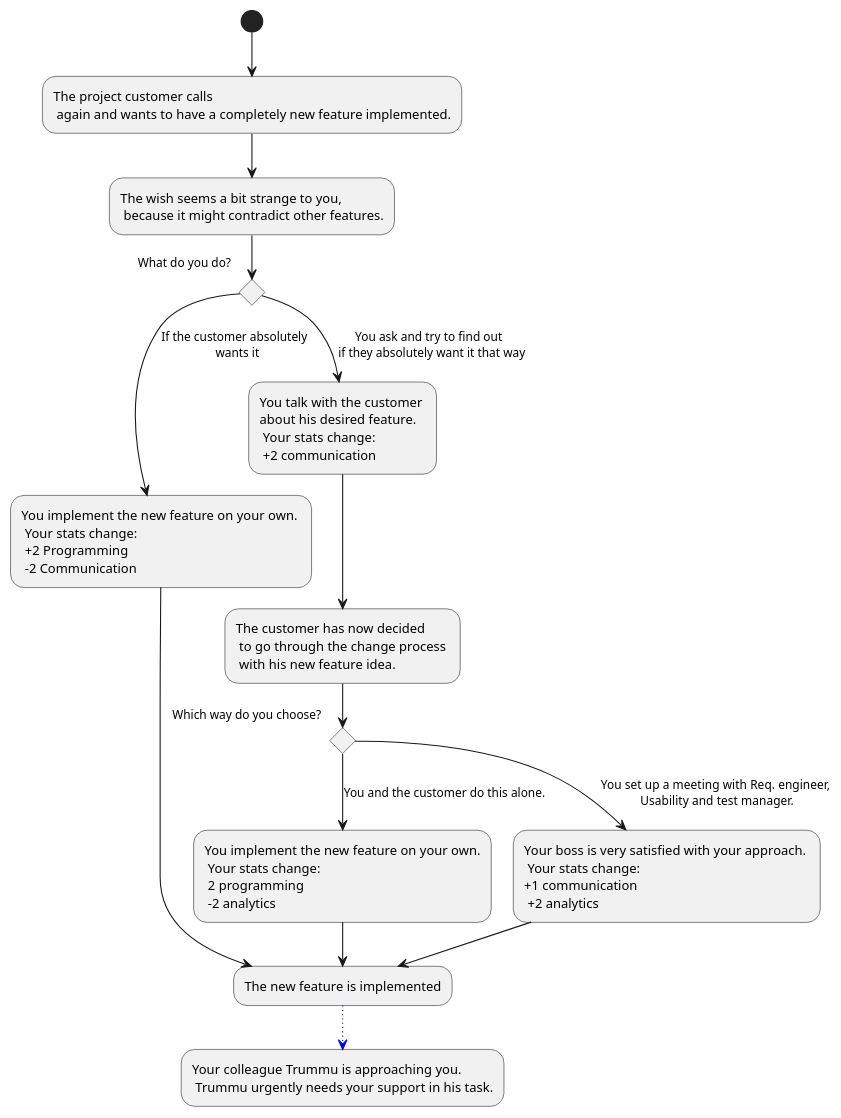
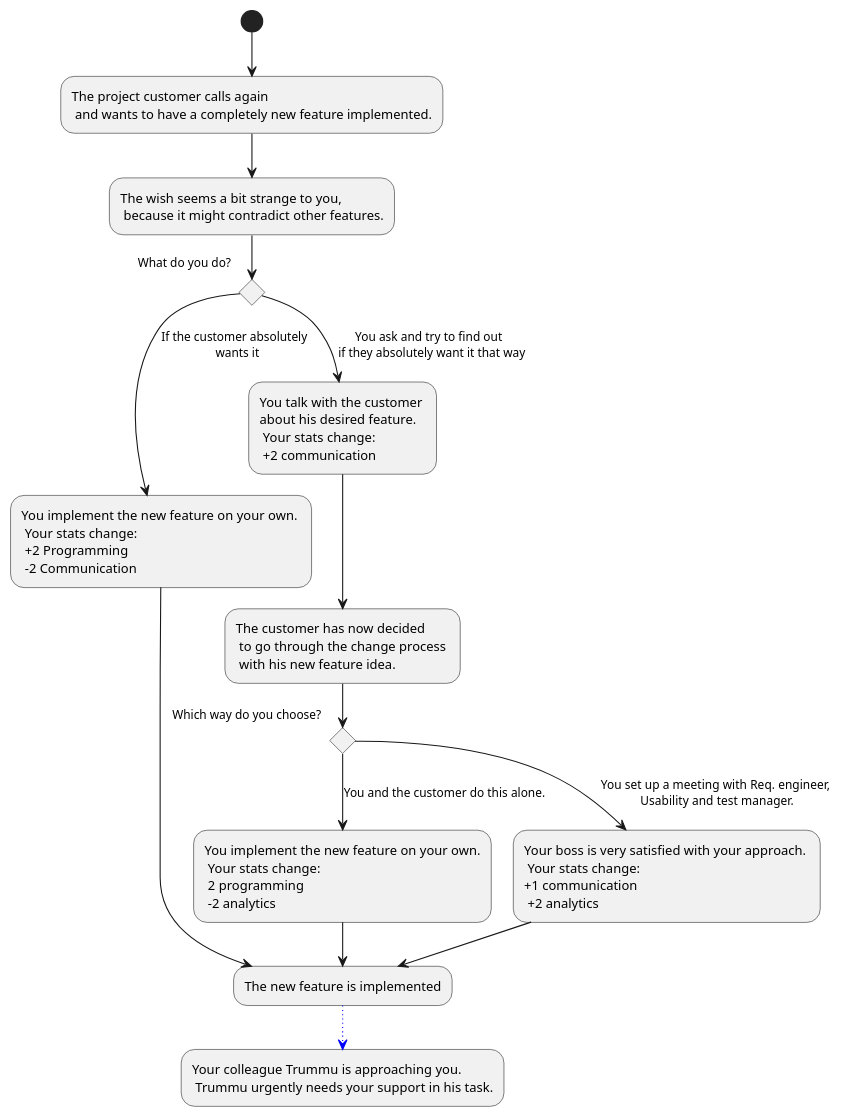
One commit to Brotenko/QualityQuest changed the diagram in Docs/Technical Specifications/docs/diagrams/StoryFlow/StoryFlow_Decision_12.puml. Above: the diagram before and after it, drawn with PlantUML. The commit also changed 11 other files, not shown here.

```diff
--- a/Docs/Technical Specifications/docs/diagrams/StoryFlow/StoryFlow_Decision_12.puml
+++ b/Docs/Technical Specifications/docs/diagrams/StoryFlow/StoryFlow_Decision_12.puml
@@ -1,20 +1,19 @@
 @startuml
-(*) --> "The project customer calls \n again and wants to have a completely new feature implemented."
+(*) --> "The project customer calls again \n and wants to have a completely new feature implemented."
 --> "The wish seems a bit strange to you, \n because it might contradict other features."
 if "What do you do?" then
---> [If the customer absolutely \n wants it] "You implement the new feature on your own. \n Your stats change: \n +2 Programming \n -2 Communication" as c
+--> [If the customer absolutely \n wants it] "You implement the new feature on your own. \n Your stats change: \n +2 Programming \n -2 Communication" as implementAlone
 else
 --> [You ask and try to find out \n if they absolutely want it that way] "You talk with the customer \nabout his desired feature. \n Your stats change:\n +2 communication"
 endif
-'Vorbedingung: Nur wenn zuvor gewählt wurde, mit dem Kunden nochmal darüber zu reden!
 --> "The customer has now decided \n to go through the change process \n with his new feature idea."
 if "Which way do you choose?" then
---> [You and the customer do this alone.] "You implement the new feature on your own.\n Your stats change: \n 2 programming \n -2 analytics" as a
+--> [You and the customer do this alone.] "You implement the new feature on your own.\n Your stats change: \n 2 programming \n -2 analytics" as askAlone
 else
---> [You set up a meeting with Req. engineer, \nUsability and test manager.] "Your boss is very satisfied with your approach. \n Your stats change: \n+1 communication \n +2 analytics" as b
---> "The new feature is implemented" as fertig
+--> [You set up a meeting with Req. engineer, \nUsability and test manager.] "Your boss is very satisfied with your approach. \n Your stats change: \n+1 communication \n +2 analytics"
+--> "The new feature is implemented" as finishTask
 endif
-a --> fertig
-c --> fertig
+askAlone --> finishTask
+implementAlone --> finishTask
 -[#blue,dotted]-> "Your colleague Trummu is approaching you.\n Trummu urgently needs your support in his task."
 @enduml
```
